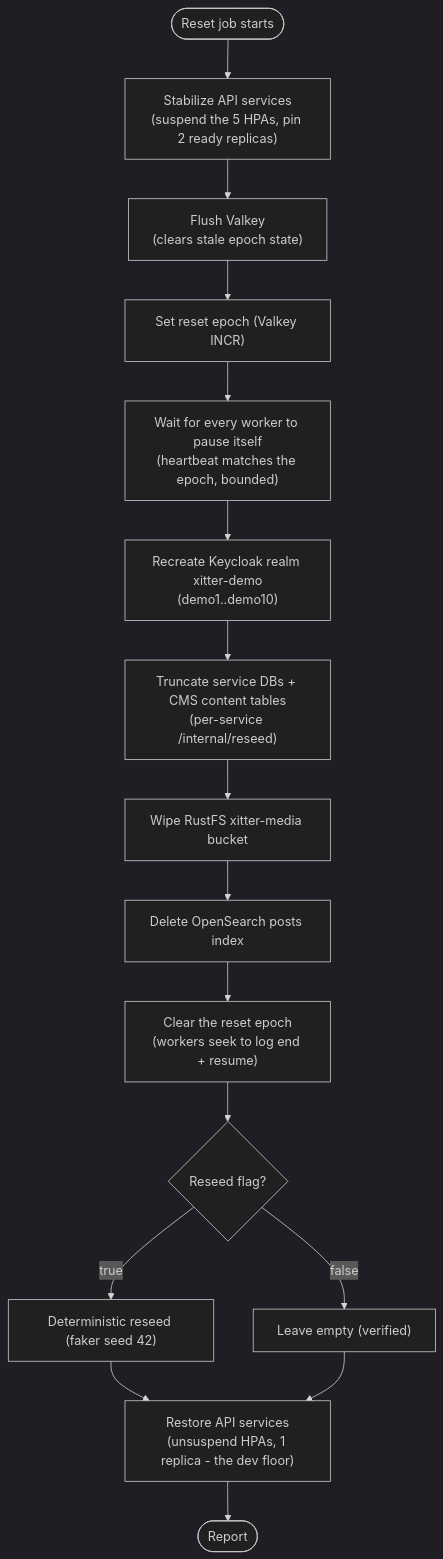
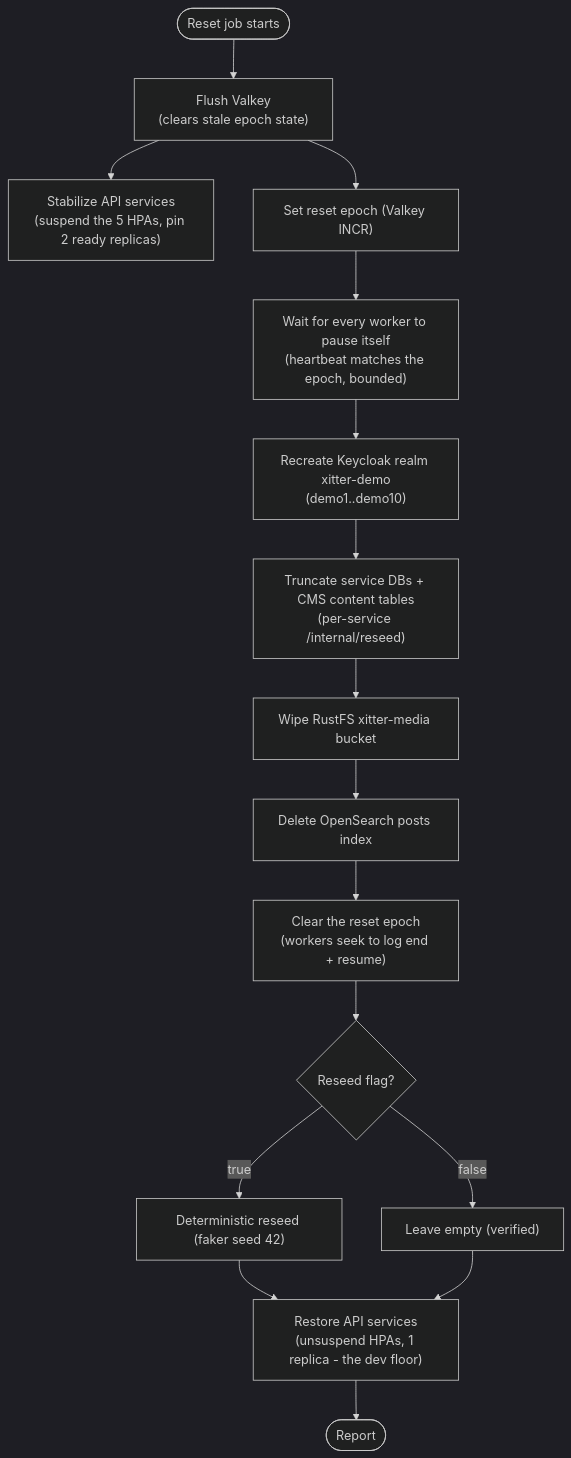
The diagram in docs/specs/operations/02-data-reset.md (jdc-projects/xitter), drawn with Mermaid (dark theme) before and after one commit. The commit also changed 2 other files, not shown here.

Commit message:
docs(reset): spec order matches the code - flush precedes stabilize
Review of #99: both specs showed stabilize-then-flush while the code
(and its order tests) run flush-then-stabilize; the 02 spec's
'unit-tested against this diagram' claim made the contradiction
authoritative-but-wrong. Diagram and numbered list corrected to the
implemented order.

````diff
--- a/docs/specs/operations/02-data-reset.md
+++ b/docs/specs/operations/02-data-reset.md
@@ -61,18 +61,18 @@
 ```mermaid
 flowchart TD
-  S(["Reset job starts"]) --> ST["Stabilize API services\n(suspend the 5 HPAs, pin 2 ready replicas)"]
-  ST --> FL["Flush Valkey\n(clears stale epoch state)"]
+  S(["Reset job starts"]) --> FL["Flush Valkey\n(clears stale epoch state)"]
+  FL --> ST["Stabilize API services\n(suspend the 5 HPAs, pin 2 ready replicas)"]
   FL --> EP["Set reset epoch (Valkey INCR)"]
   EP --> P["Wait for every worker to pause itself\n(heartbeat matches the epoch, bounded)"]
   P --> C["Recreate Keycloak realm xitter-demo\n(demo1..demo10)"]
   C --> T["Truncate service DBs + CMS content tables\n(per-service /internal/reseed)"]
   T --> M["Wipe RustFS xitter-media bucket"]
   M --> O["Delete OpenSearch posts index"]
   O --> K["Clear the reset epoch\n(workers seek to log end + resume)"]
   K --> R{Reseed flag?}
   R -->|true| D["Deterministic reseed (faker seed 42)"]
   R -->|false| L["Leave empty (verified)"]
   D --> RS["Restore API services\n(unsuspend HPAs, 1 replica - the dev floor)"]
   L --> RS
   RS --> V(["Report"])
 ```
````
